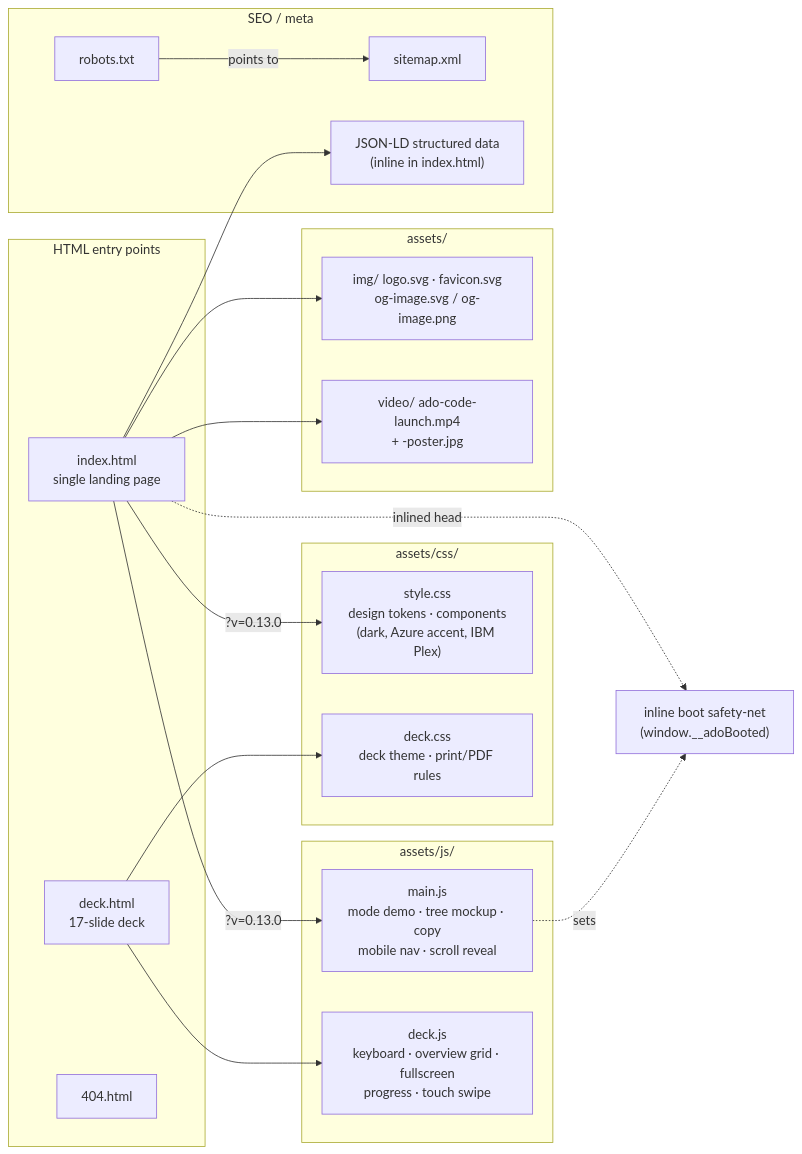
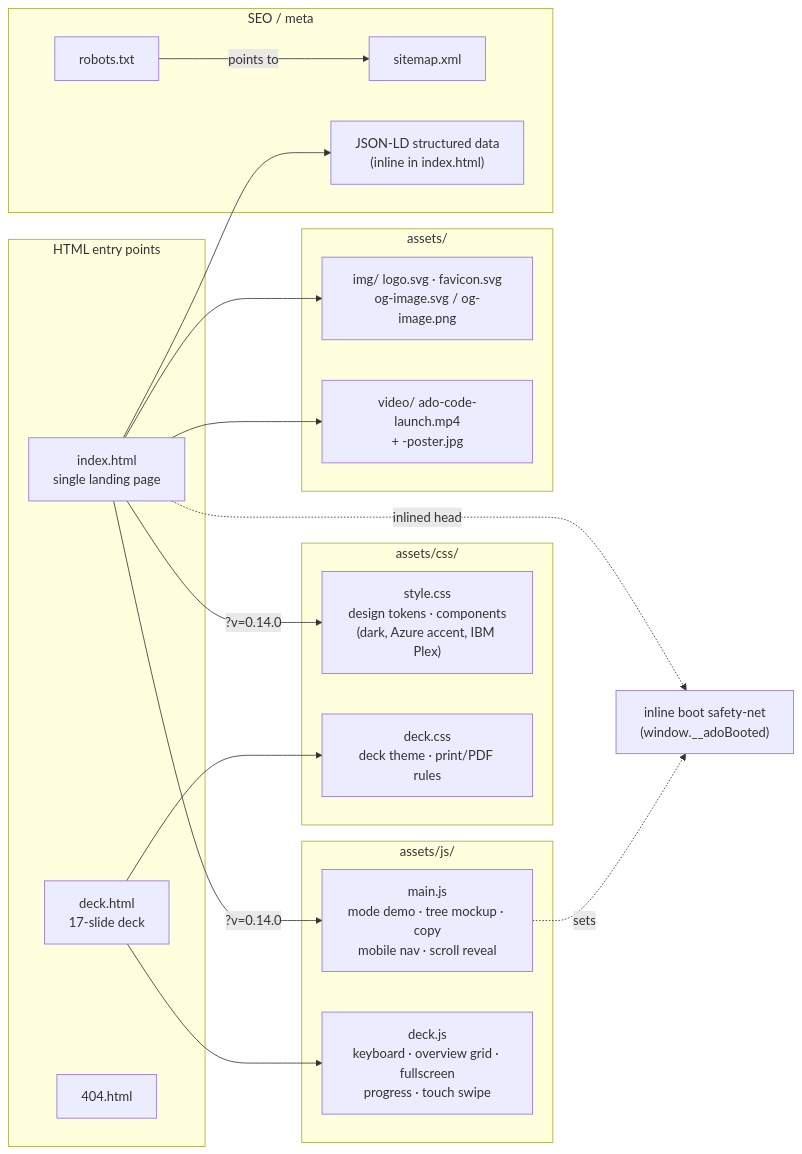
The second of 4 diagrams in docs/architecture.md (steelburn/ado-web), drawn with Mermaid before and after one commit. The commit also changed 19 other files, not shown here.

````diff
--- a/docs/architecture.md
+++ b/docs/architecture.md
@@ -79,42 +79,42 @@
 ```mermaid
 flowchart LR
     subgraph Pages["HTML entry points"]
         IDX["index.html<br/>single landing page"]
         DECK["deck.html<br/>17-slide deck"]
         E404["404.html"]
     end
 
     subgraph CSS["assets/css/"]
         STY["style.css<br/>design tokens · components<br/>(dark, Azure accent, IBM Plex)"]
         DCSS["deck.css<br/>deck theme · print/PDF rules"]
     end
 
     subgraph JS["assets/js/"]
         MAIN["main.js<br/>mode demo · tree mockup · copy<br/>mobile nav · scroll reveal"]
         DJS["deck.js<br/>keyboard · overview grid · fullscreen<br/>progress · touch swipe"]
     end
 
     subgraph Media["assets/"]
         IMG["img/ logo.svg · favicon.svg<br/>og-image.svg / og-image.png"]
         VID["video/ ado-code-launch.mp4<br/>+ -poster.jpg"]
     end
 
     subgraph SEO["SEO / meta"]
         SM["sitemap.xml"]
         RB["robots.txt"]
         LD["JSON-LD structured data<br/>(inline in index.html)"]
     end
 
-    IDX -->|"?v=0.13.0"| STY
-    IDX -->|"?v=0.13.0"| MAIN
+    IDX -->|"?v=0.14.0"| STY
+    IDX -->|"?v=0.14.0"| MAIN
     IDX --> IMG
     IDX --> VID
     IDX --> LD
     DECK --> DCSS
     DECK --> DJS
 
     IDX -.->|inlined head| BOOT["inline boot safety-net<br/>(window.__adoBooted)"]
     MAIN -.->|sets| BOOT
 
     RB -->|points to| SM
 ```
````
